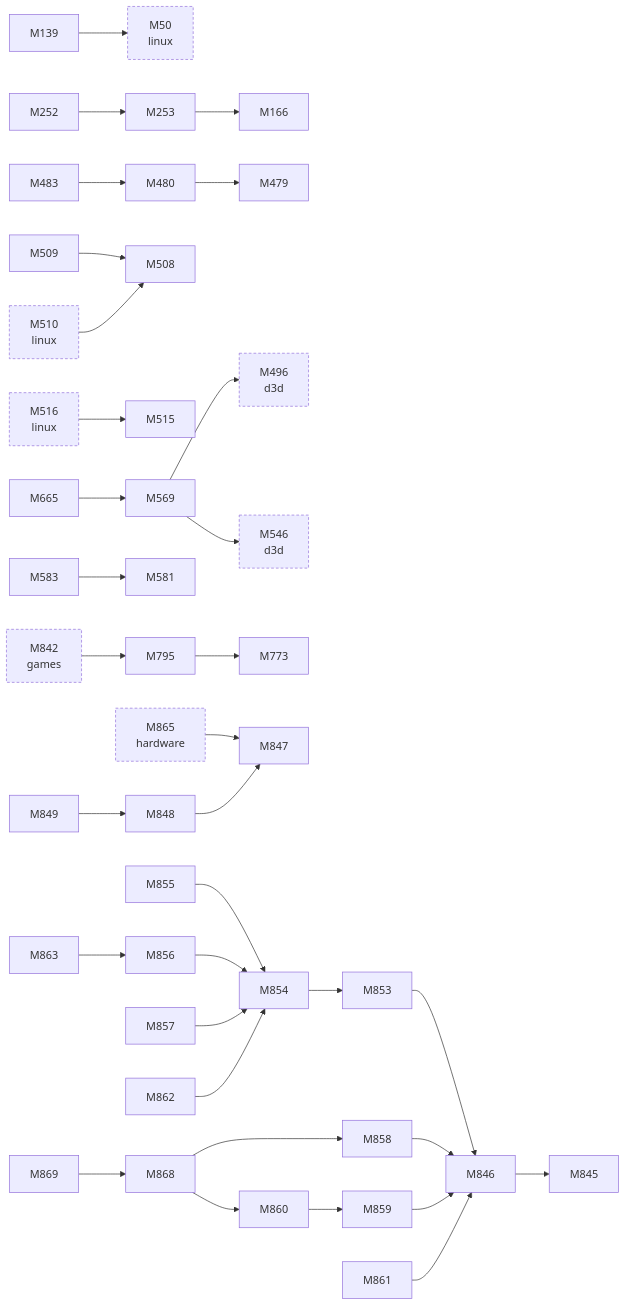
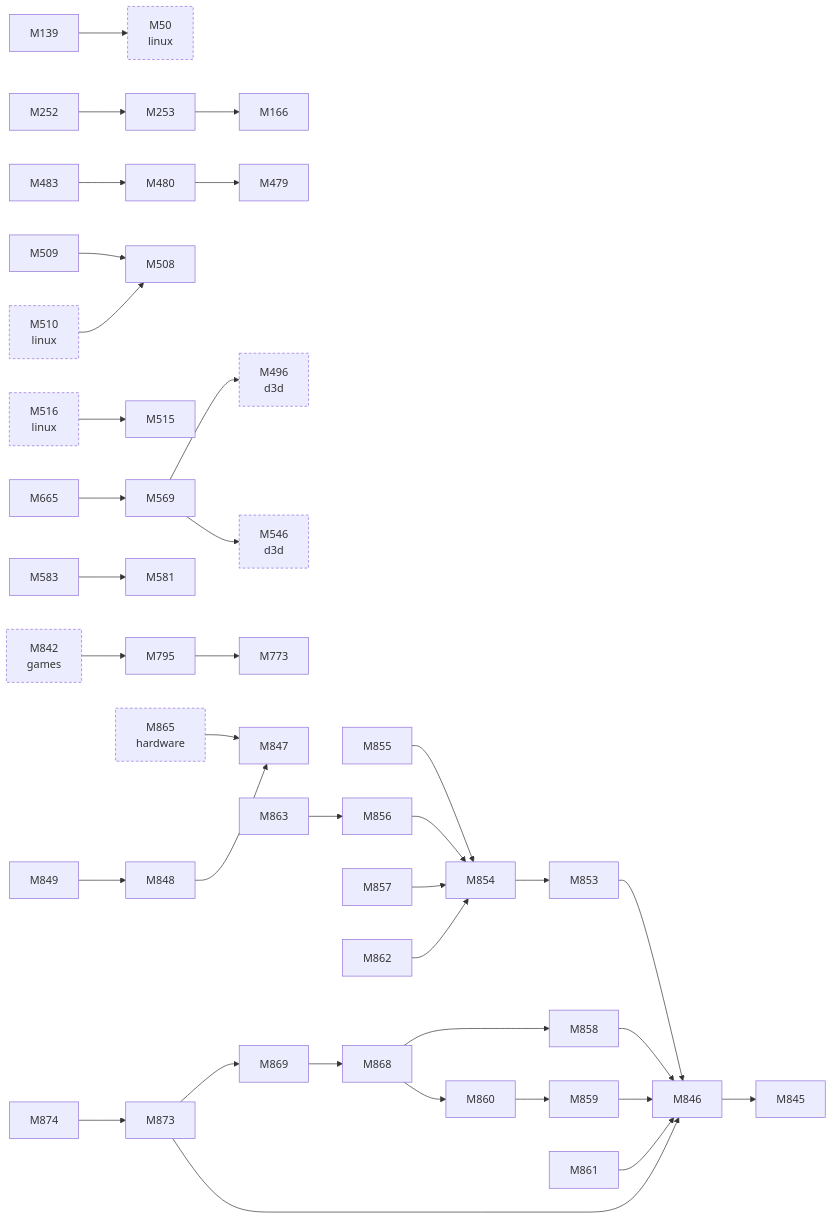
One commit to D-Ogi/amdgpu-wddm changed the second of 2 diagrams in docs/facts/graphs/icd.md. Above: the diagram before and after it, drawn with Mermaid. The commit also changed 71 other files, not shown here.

```diff
--- a/docs/facts/graphs/icd.md
+++ b/docs/facts/graphs/icd.md
@@ -77,6 +77,8 @@
   M865["M865<br/>hardware"]
   M868["M868"]
   M869["M869"]
+  M873["M873"]
+  M874["M874"]
   M865 --> M847
   M139 --> M50
   M252 --> M253
@@ -106,6 +108,9 @@
   M868 --> M858
   M868 --> M860
   M869 --> M868
+  M873 --> M846
+  M873 --> M869
+  M874 --> M873
   M842 --> M795
   M510 --> M508
   M516 --> M515
```
